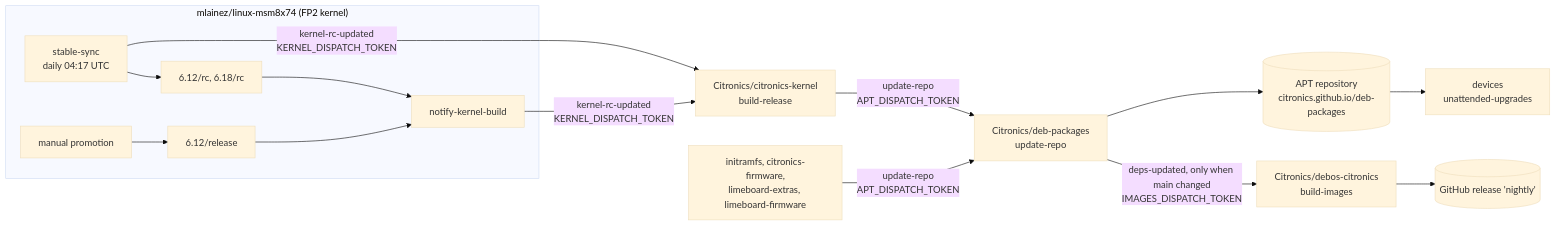
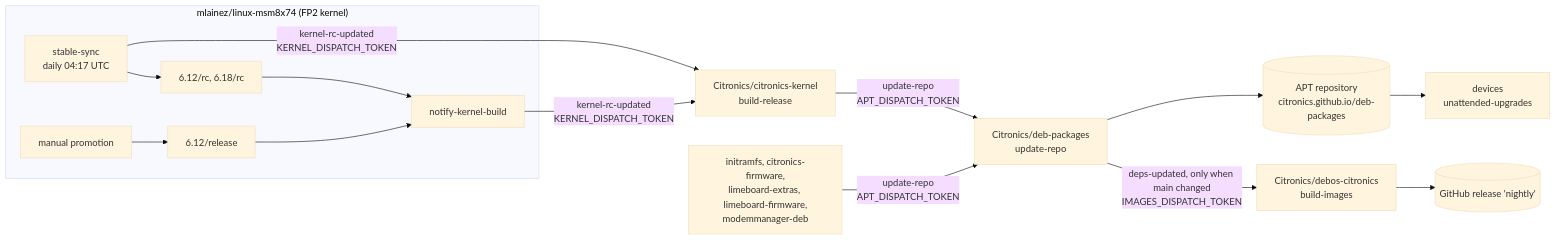
Before and after one commit to Citronics/deb-packages: the diagram in docs/release-process.md, drawn with Mermaid (base theme). The commit also changed other lines of this file and 1 other file, not shown here.

First line of the commit message:
docs: list every repository that publishes to the APT repository

````diff
--- a/docs/release-process.md
+++ b/docs/release-process.md
@@ -10,17 +10,17 @@
 ```mermaid
 flowchart LR
   subgraph fork["mlainez/linux-msm8x74 (FP2 kernel)"]
     SS["stable-sync<br/>daily 04:17 UTC"] --> RC["6.12/rc, 6.18/rc"]
     PROMO["manual promotion"] --> REL["6.12/release"]
     RC --> NK["notify-kernel-build"]
     REL --> NK
   end
   NK -- "kernel-rc-updated<br/>KERNEL_DISPATCH_TOKEN" --> CK["Citronics/citronics-kernel<br/>build-release"]
   SS -- "kernel-rc-updated<br/>KERNEL_DISPATCH_TOKEN" --> CK
   CK -- "update-repo<br/>APT_DISPATCH_TOKEN" --> DP["Citronics/deb-packages<br/>update-repo"]
-  OTHER["initramfs, citronics-firmware,<br/>limeboard-extras, limeboard-firmware"] -- "update-repo<br/>APT_DISPATCH_TOKEN" --> DP
+  OTHER["initramfs, citronics-firmware,<br/>limeboard-extras, limeboard-firmware,<br/>modemmanager-deb"] -- "update-repo<br/>APT_DISPATCH_TOKEN" --> DP
   DP -- "deps-updated, only when main changed<br/>IMAGES_DISPATCH_TOKEN" --> IMG["Citronics/debos-citronics<br/>build-images"]
   DP --> APT[("APT repository<br/>citronics.github.io/deb-packages")]
   IMG --> NIGHTLY[("GitHub release 'nightly'")]
   APT --> DEV["devices<br/>unattended-upgrades"]
 ```
````
